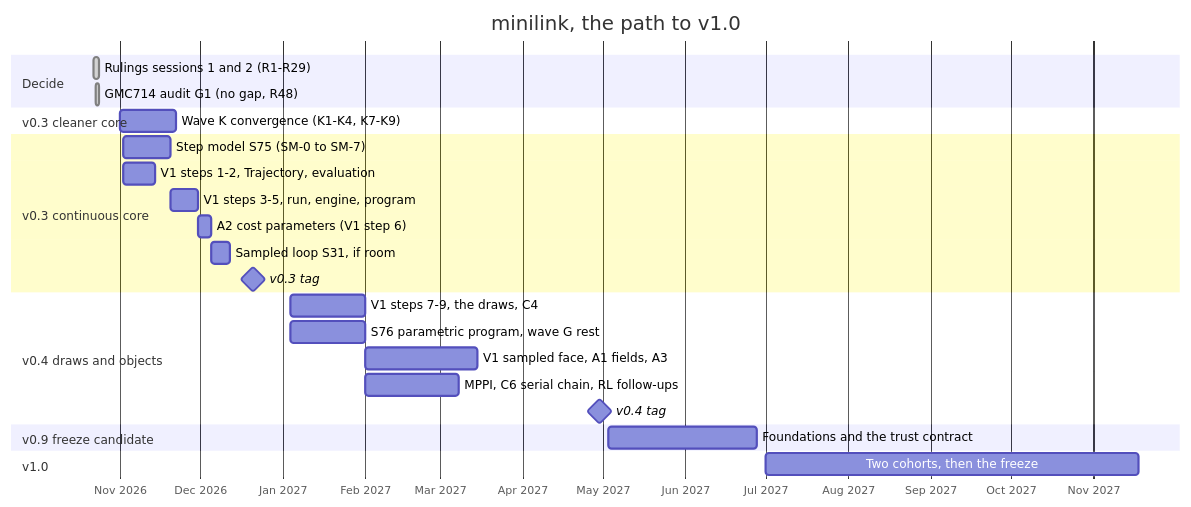
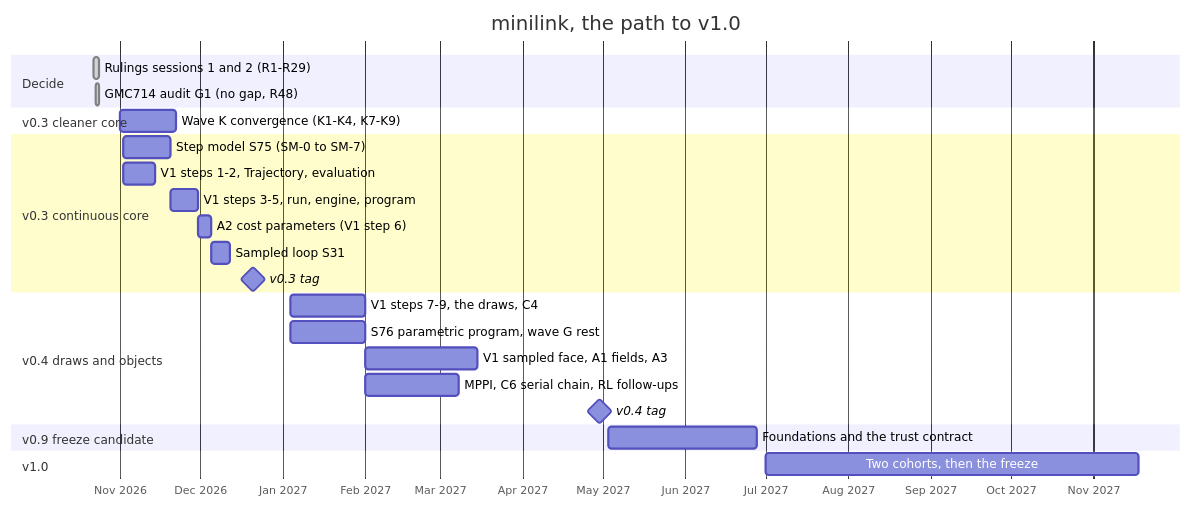
Before and after one commit to alx87grd/minilink: the diagram in docs/dev/ROADMAP.md, drawn with Mermaid. The commit also changed other lines of this file and 2 other files, not shown here.

````diff
--- a/docs/dev/ROADMAP.md
+++ b/docs/dev/ROADMAP.md
@@ -257,28 +257,28 @@
 ```mermaid
 gantt
     title minilink, the path to v1.0
     dateFormat YYYY-MM-DD
     axisFormat %b %Y
     section Decide
     Rulings sessions 1 and 2 (R1-R29)     :done, rul1, 2026-10-22, 2d
     GMC714 audit G1 (no gap, R48)         :done, g1, 2026-10-23, 1d
     section v0.3 cleaner core
     Wave K convergence (K1-K4, K7-K9)     :k, 2026-11-01, 3w
     section v0.3 continuous core
     Step model S75 (SM-0 to SM-7)         :s75, 2026-11-02, 18d
     V1 steps 1-2, Trajectory, evaluation  :v1a, 2026-11-02, 12d
     V1 steps 3-5, run, engine, program    :v1b, after s75, 10d
     A2 cost parameters (V1 step 6)        :a2, after v1b, 5d
-    Sampled loop S31, if room             :s31, after a2, 7d
+    Sampled loop S31                      :s31, after a2, 7d
     v0.3 tag                              :milestone, v03, 2026-12-21, 0d
     section v0.4 draws and objects
     V1 steps 7-9, the draws, C4           :v1c, 2027-01-04, 4w
     S76 parametric program, wave G rest   :s76, 2027-01-04, 4w
     V1 sampled face, A1 fields, A3        :a13, after v1c, 6w
     MPPI, C6 serial chain, RL follow-ups  :mp, after v1c, 5w
     v0.4 tag                              :milestone, v04, 2027-04-30, 0d
     section v0.9 freeze candidate
     Foundations and the trust contract    :v09, 2027-05-03, 8w
     section v1.0
     Two cohorts, then the freeze          :v10, 2027-07-01, 20w
 ```
````
